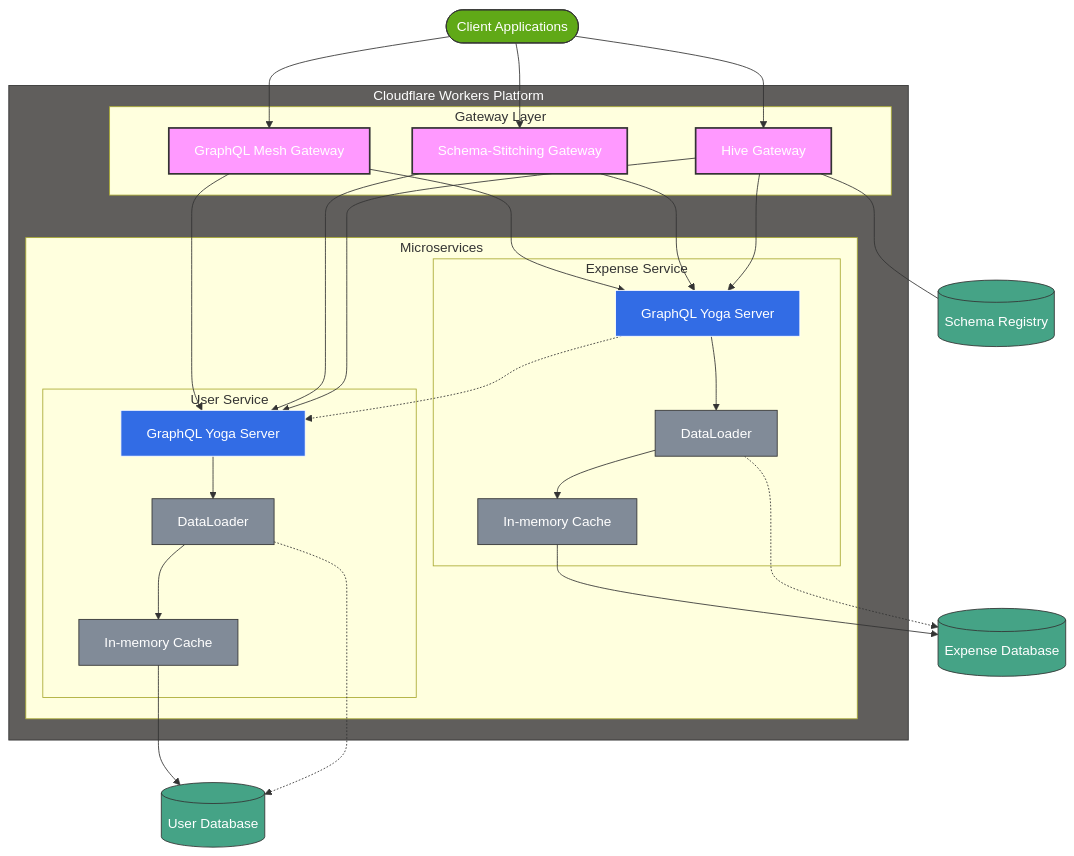
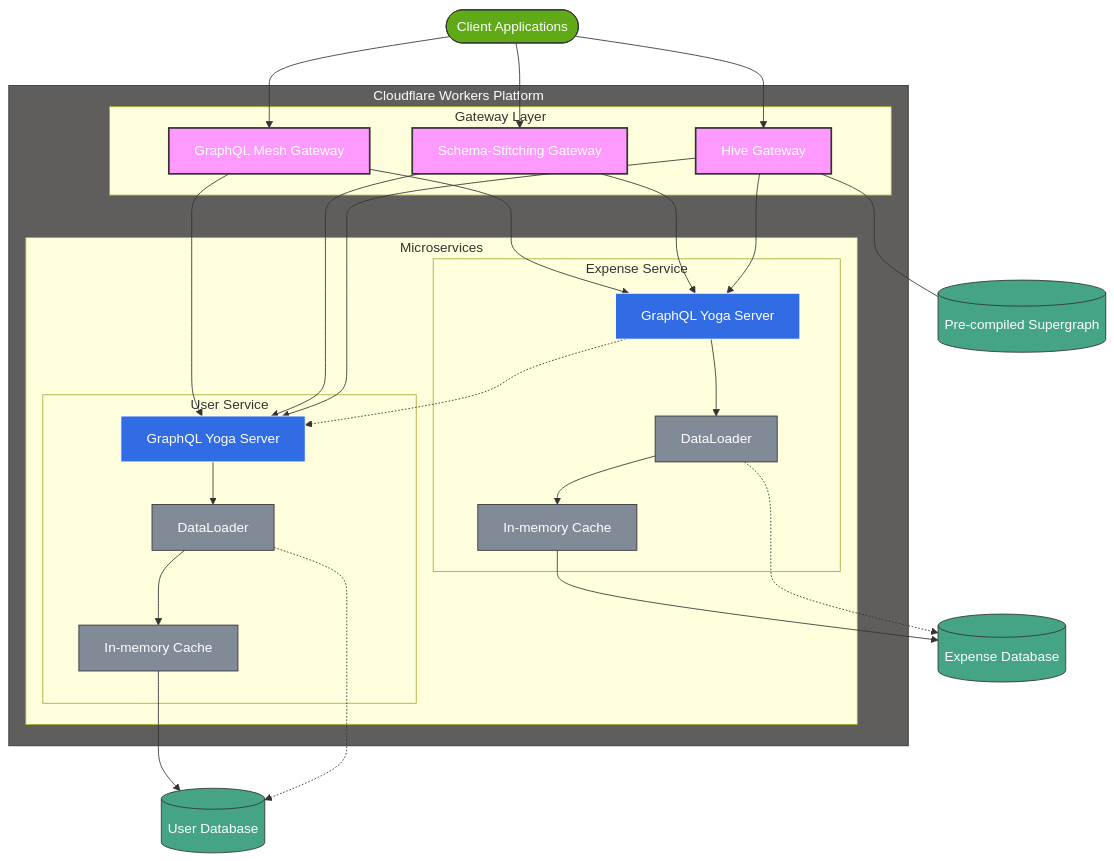
One commit to vinodhj/graphql-gateway-microservices changed the second of 3 diagrams in docs/tdd/hld.md. Above: the diagram before and after it, drawn with Mermaid. The commit also changed other lines of this file, not shown here.

Commit message:
minor tweaks

````diff
--- a/docs/tdd/hld.md
+++ b/docs/tdd/hld.md
@@ -55,63 +55,63 @@
 ```mermaid
 flowchart TD
     Client([Client Applications]) --> MeshGateway
     Client --> StitchingGateway
     Client --> HiveGateway
 
     subgraph CloudflareWorkers["Cloudflare Workers Platform"]
         subgraph Gateway["Gateway Layer"]
             MeshGateway["GraphQL Mesh Gateway"]
             StitchingGateway["Schema-Stitching Gateway"]
             HiveGateway["Hive Gateway"]
         end
 
         subgraph Microservices["Microservices"]
             subgraph UserSvc["User Service"]
                 UserService["GraphQL Yoga Server"]
                 UserDL["DataLoader"]
                 UserCache["In-memory Cache"]
             end
 
             subgraph ExpenseSvc["Expense Service"]
                 ExpenseService["GraphQL Yoga Server"]
                 ExpenseDL["DataLoader"]
                 ExpenseCache["In-memory Cache"]
             end
         end
     end
 
     MeshGateway --> UserService
     MeshGateway --> ExpenseService
     StitchingGateway --> UserService
     StitchingGateway --> ExpenseService
     HiveGateway --> UserService
     HiveGateway --> ExpenseService
 
-    HiveGateway --- SchemaRegistry[(Schema Registry)]
+    HiveGateway --- SchemaRegistry[(Pre-compiled Supergraph)]
 
     UserService --> UserDL
     UserDL --> UserCache
     UserCache --> UserDB[(User Database)]
     UserDL -.-> UserDB
 
     ExpenseService --> ExpenseDL
     ExpenseDL --> ExpenseCache
     ExpenseCache --> ExpenseDB[(Expense Database)]
     ExpenseDL -.-> ExpenseDB
 
     ExpenseService -.-> UserService
 
     classDef gateway fill:#f9f,stroke:#333,stroke-width:2px,color:#fff
     classDef service fill:#326ce5,stroke:#fff,stroke-width:1px,color:#fff
     classDef optimization fill:#818b98,stroke:#333,stroke-width:1px,color:#fff
     classDef db fill:#45a386,stroke:#333,stroke-width:1px,color:#fff
     classDef client fill:#60a917,stroke:#333,stroke-width:1px,color:#fff
     classDef platform fill:#605e5c,stroke:#333,stroke-width:1px,color:#fff
 
     class MeshGateway,StitchingGateway,HiveGateway gateway
     class UserService,ExpenseService service
     class UserDL,UserCache,ExpenseDL,ExpenseCache optimization
     class UserDB,ExpenseDB,SchemaRegistry db
     class Client client
     class CloudflareWorkers platform
 ```
````
